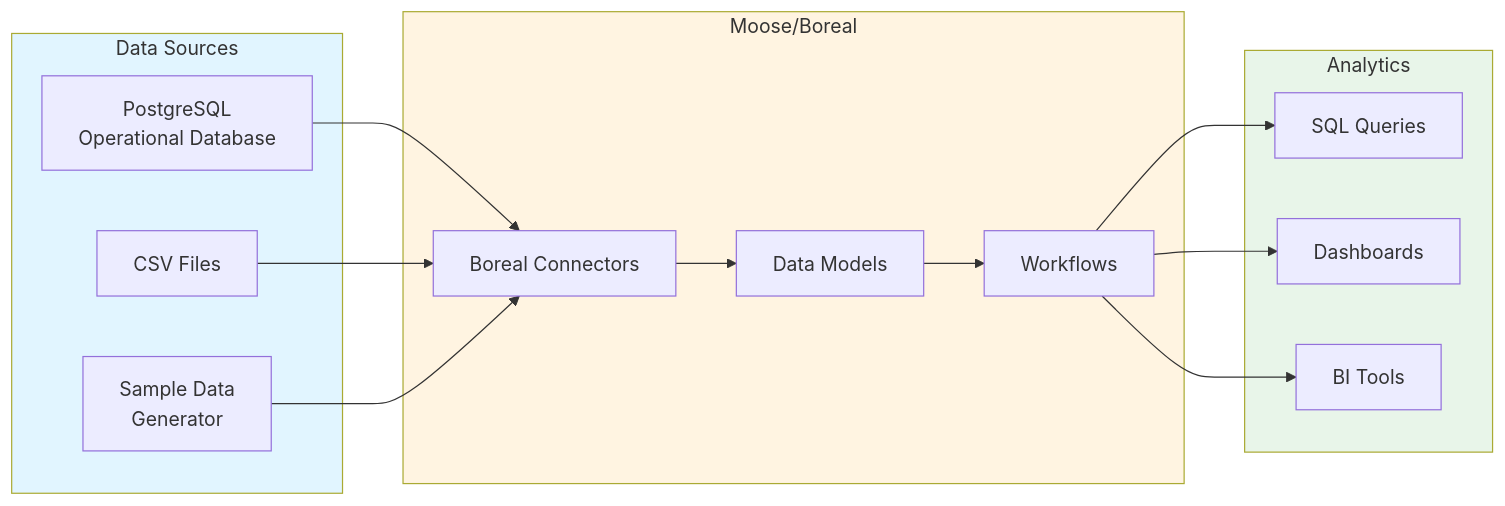
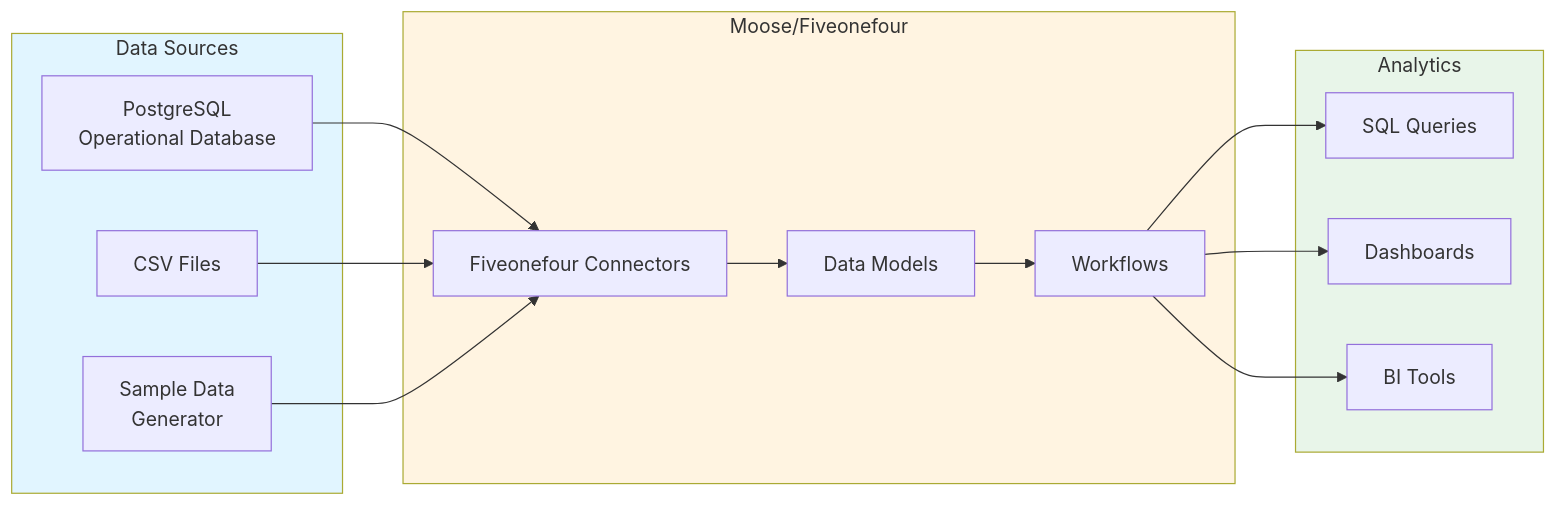
One commit to 514-labs/moosestack changed the diagram in apps/framework-docs-v2/content/guides/data-warehouses.mdx. Above: the diagram before and after it, drawn with Mermaid. The commit also changed other lines of this file and 37 other files, not shown here.

Commit message:
docs: rename Boreal references to Fiveonefour hosting

````diff
--- a/apps/framework-docs-v2/content/guides/data-warehouses.mdx
+++ b/apps/framework-docs-v2/content/guides/data-warehouses.mdx
@@ -294,33 +294,33 @@
 ```mermaid
 graph LR
     subgraph sources["Data Sources"]
         A[PostgreSQL<br/>Operational Database]
         B[CSV Files]
         C[Sample Data<br/>Generator]
     end
 
-    subgraph moose["Moose/Boreal"]
+    subgraph moose["Moose/Fiveonefour"]
         D[Data Models]
         E[Workflows]
-        F[Boreal Connectors]
+        F[Fiveonefour Connectors]
     end
 
     subgraph analytics["Analytics"]
         G[SQL Queries]
         H[Dashboards]
         I[BI Tools]
     end
 
     A --> F
     B --> F
     C --> F
     F --> D
     D --> E
     E --> G
     E --> H
     E --> I
 
     style sources fill:#e1f5ff
     style moose fill:#fff4e1
     style analytics fill:#e8f5e9
 ```
````
